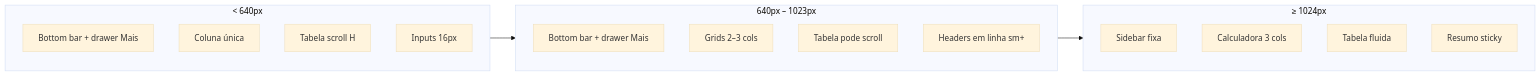
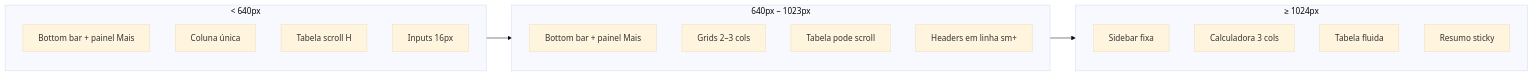
Before and after one commit to academiadoaplicador-cpu/aplica-prov5: the diagram in docs/MOBILE_DESIGN.md, drawn with Mermaid (base theme). The commit also changed other lines of this file and 10 other files, not shown here.

````diff
--- a/docs/MOBILE_DESIGN.md
+++ b/docs/MOBILE_DESIGN.md
@@ -292,22 +340,22 @@
 ```mermaid
 flowchart LR
   subgraph mobile ["&lt; 640px"]
-    M1[Bottom bar + drawer Mais]
+    M1[Bottom bar + painel Mais]
     M2[Coluna única]
     M3[Tabela scroll H]
     M4[Inputs 16px]
   end
   subgraph tablet ["640px – 1023px"]
-    T1[Bottom bar + drawer Mais]
+    T1[Bottom bar + painel Mais]
     T2[Grids 2–3 cols]
     T3[Tabela pode scroll]
     T4[Headers em linha sm+]
   end
   subgraph desktop ["≥ 1024px"]
     D1[Sidebar fixa]
     D2[Calculadora 3 cols]
     D3[Tabela fluida]
     D4[Resumo sticky]
   end
   mobile --> tablet --> desktop
 ```
````
